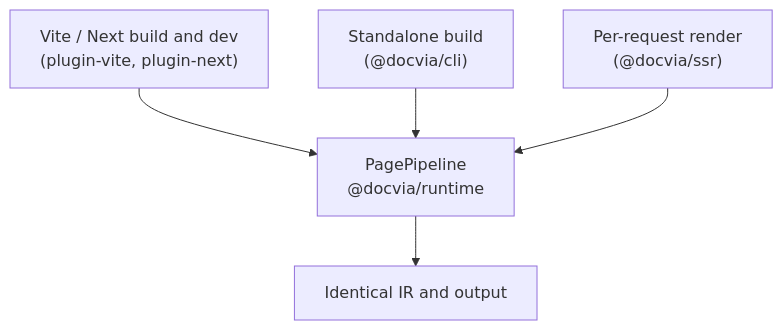
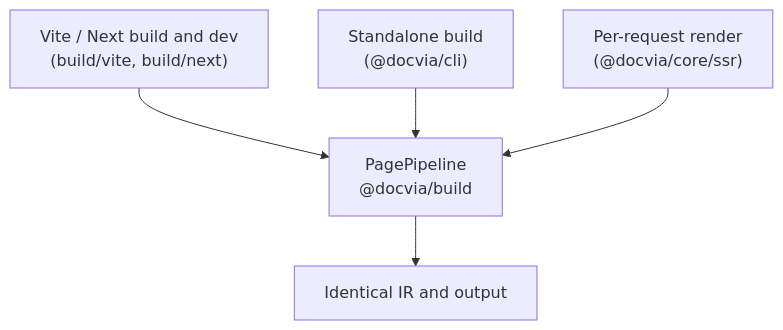
Before and after one commit to kanakkholwal/docvia: the second of 2 diagrams in apps/web/src/docs/index.md, drawn with Mermaid. The commit also changed other lines of this file and 537 other files, not shown here.

````diff
--- a/apps/web/src/docs/index.md
+++ b/apps/web/src/docs/index.md
@@ -69,8 +69,8 @@
 ```mermaid
 %% title: One pipeline behind all three modes
 flowchart TD
-  VITE["Vite / Next build and dev<br/>(plugin-vite, plugin-next)"] --> CS
+  VITE["Vite / Next build and dev<br/>(build/vite, build/next)"] --> CS
   CLI["Standalone build<br/>(@docvia/cli)"] --> CS
-  SSR["Per-request render<br/>(@docvia/ssr)"] --> CS
-  CS["PagePipeline<br/>@docvia/runtime"] --> OUT[Identical IR and output]
+  SSR["Per-request render<br/>(@docvia/core/ssr)"] --> CS
+  CS["PagePipeline<br/>@docvia/build"] --> OUT[Identical IR and output]
 ```
````
